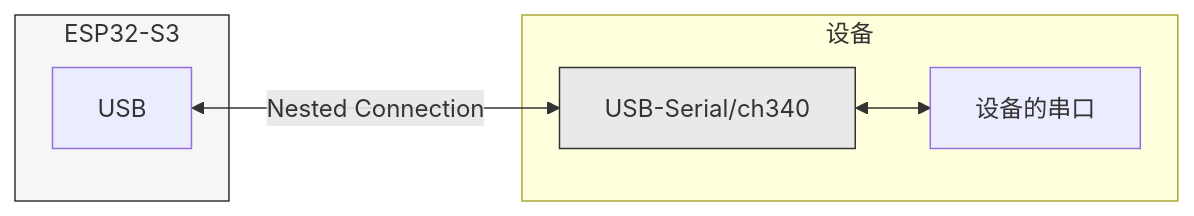
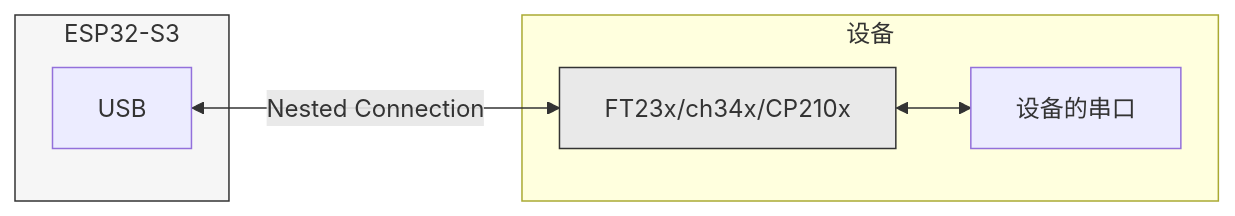
The diagram in cdc_acm_vcp/readme.md (DBinK/espressif-demo), drawn with Mermaid before and after one commit.

````diff
--- a/cdc_acm_vcp/readme.md
+++ b/cdc_acm_vcp/readme.md
@@ -4,19 +4,19 @@
 ```mermaid
 graph LR
   subgraph ESP32-S3
     USB[USB]
   end
 
  subgraph 设备
-  DeviceUSBSerial[USB-Serial/ch340]
+  DeviceUSBSerial[FT23x/ch34x/CP210x]
   URAT[设备的串口]
 end
   USB <-->|Nested Connection| DeviceUSBSerial
 DeviceUSBSerial <--> URAT
   classDef Default_ fill:#f6f6f6,stroke:#333,stroke-width:1px;
   classDef nested fill:#e9e9e9,stroke:#333,stroke-width:1px;
 
   class ESP32-S3, Default_
   class Device, Default_
   class DeviceUSBSerial, nested
 ```
````
